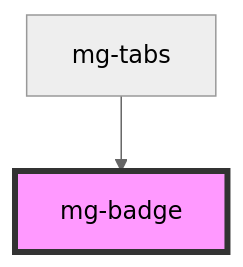
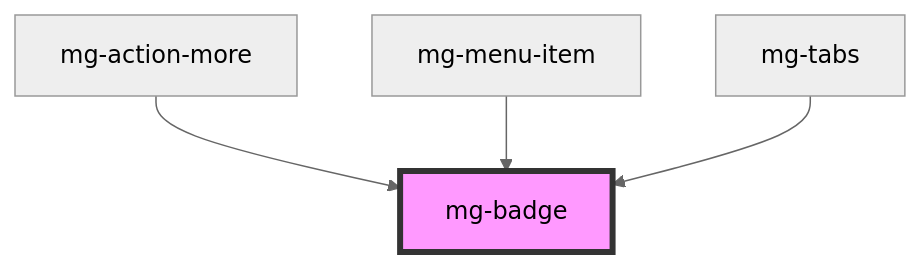
Before and after one commit to MGDIS/core-ui: the diagram in packages/mg-components/src/components/atoms/mg-badge/readme.md, drawn with Mermaid (neutral theme). The commit also changed other lines of this file and 1071 other files, not shown here.

````diff
--- a/packages/mg-components/src/components/atoms/mg-badge/readme.md
+++ b/packages/mg-components/src/components/atoms/mg-badge/readme.md
@@ -35,5 +44,7 @@
 ```mermaid
 graph TD;
+  mg-action-more --> mg-badge
+  mg-menu-item --> mg-badge
   mg-tabs --> mg-badge
   style mg-badge fill:#f9f,stroke:#333,stroke-width:4px
 ```
````
